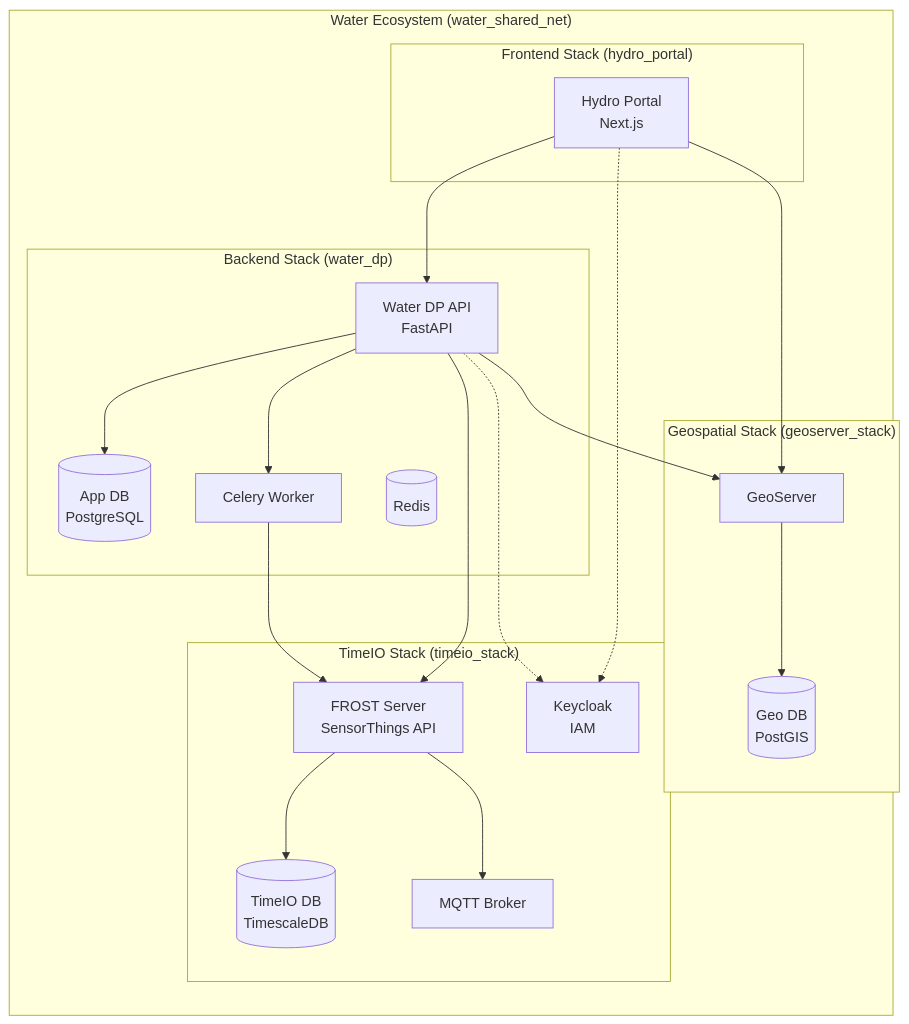
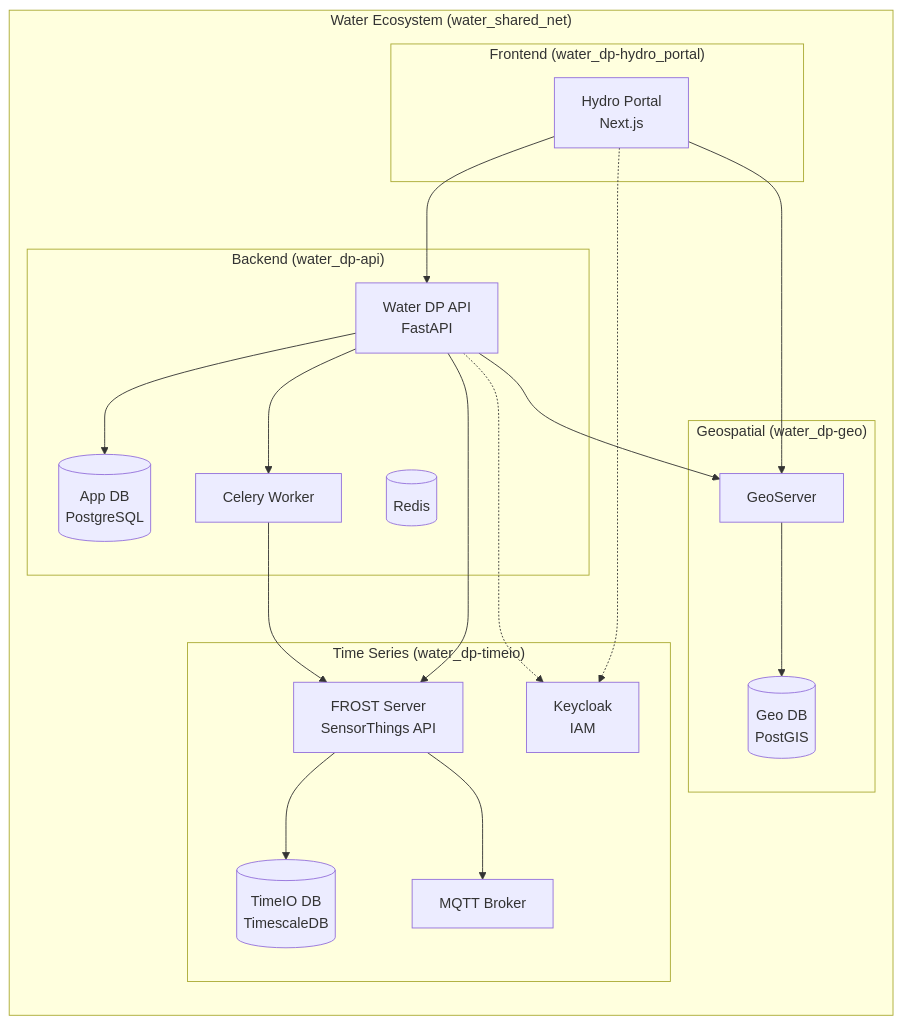
One commit to Siki-ux/water_dp-api changed the diagram in README.md. Above: the diagram before and after it, drawn with Mermaid. The commit also changed other lines of this file, not shown here.

````diff
--- a/README.md
+++ b/README.md
@@ -9,43 +16,43 @@
 ```mermaid
 graph TB
     subgraph "Water Ecosystem (water_shared_net)"
         direction TB
         
-        subgraph "Frontend Stack (hydro_portal)"
+        subgraph "Frontend (water_dp-hydro_portal)"
             Portal[Hydro Portal<br/>Next.js]
         end
 
-        subgraph "Backend Stack (water_dp)"
+        subgraph "Backend (water_dp-api)"
             API[Water DP API<br/>FastAPI]
             Worker[Celery Worker]
             DB[(App DB<br/>PostgreSQL)]
             Redis[(Redis)]
         end
 
-        subgraph "Geospatial Stack (geoserver_stack)"
+        subgraph "Geospatial (water_dp-geo)"
             GeoServer[GeoServer]
             PostGIS[(Geo DB<br/>PostGIS)]
         end
 
-        subgraph "TimeIO Stack (timeio_stack)"
+        subgraph "Time Series (water_dp-timeio)"
             Frost[FROST Server<br/>SensorThings API]
             TimeDB[(TimeIO DB<br/>TimescaleDB)]
             MQTT[MQTT Broker]
             Keycloak[Keycloak<br/>IAM]
         end
     end
 
     %% Connections
     Portal --> API
     Portal --> GeoServer
     API --> DB
     API --> Worker
     API --> Frost
     API --> GeoServer
     Worker --> Frost
     GeoServer --> PostGIS
     Frost --> TimeDB
     Frost --> MQTT
     Portal -.-> Keycloak
     API -.-> Keycloak
 ```
````
